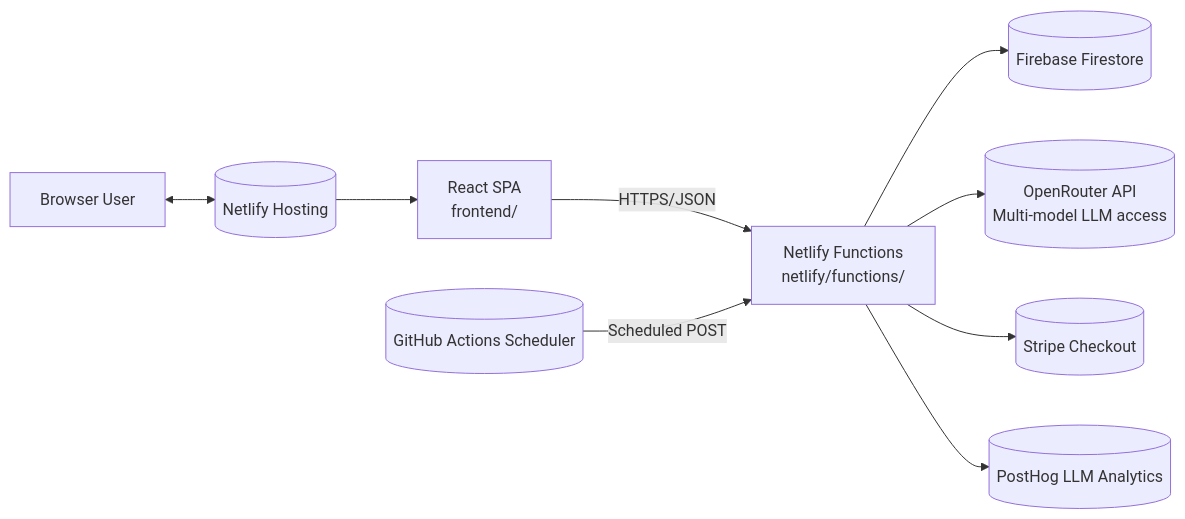
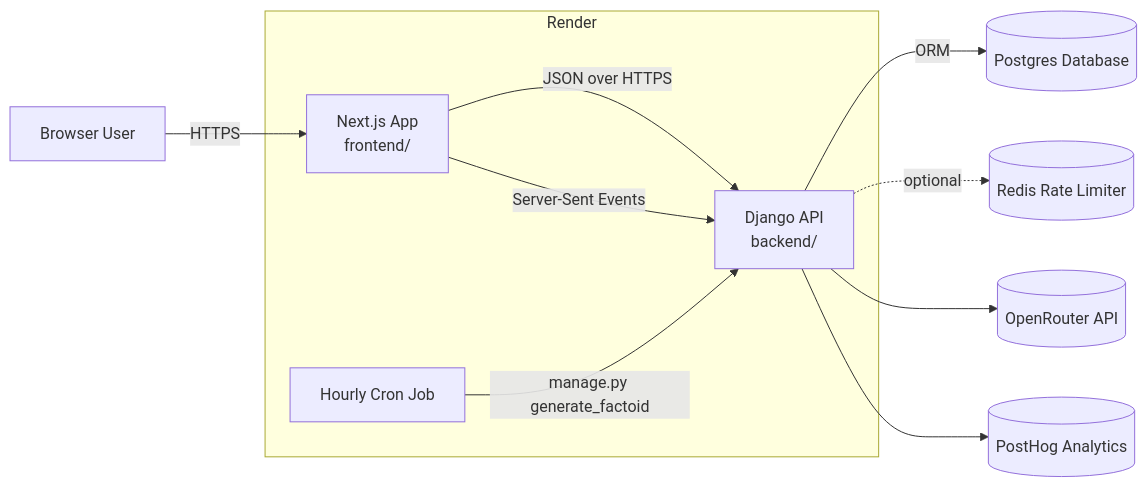
The first of 2 diagrams in ARCHITECTURE.md (andrewm4894/andys-daily-factoids), drawn with Mermaid before and after one commit. The commit also changed other lines of this file and 9 other files, not shown here.

````diff
--- a/ARCHITECTURE.md
+++ b/ARCHITECTURE.md
@@ -9,21 +9,17 @@
 ```mermaid
 graph LR
-    User[Browser User]
-    Frontend[React SPA<br/>frontend/]
-    Netlify[(Netlify Hosting)]
-    Functions[Netlify Functions<br/>netlify/functions/]
-    Firestore[(Firebase Firestore)]
-    OpenRouter[(OpenRouter API<br/>Multi-model LLM access)]
-    Stripe[(Stripe Checkout)]
-    PostHog[(PostHog LLM Analytics)]
-    GitHubActions[(GitHub Actions Scheduler)]
+    subgraph Render
+        Frontend[Next.js App\nfrontend/]
+        Backend[Django API\nbackend/]
+        Cron[Hourly Cron Job]
+    end
 
-    User <--> Netlify
-    Netlify --> Frontend
-    Frontend -->|HTTPS/JSON| Functions
-    Functions --> Firestore
-    Functions --> OpenRouter
-    Functions --> Stripe
-    Functions --> PostHog
-    GitHubActions -->|Scheduled POST| Functions
+    User[Browser User] -->|HTTPS| Frontend
+    Frontend -->|JSON over HTTPS| Backend
+    Frontend -->|Server-Sent Events| Backend
+    Backend -->|ORM| Postgres[(Postgres Database)]
+    Backend -.optional.-> Redis[(Redis Rate Limiter)]
+    Backend --> OpenRouter[(OpenRouter API)]
+    Backend --> PostHog[(PostHog Analytics)]
+    Cron -->|manage.py generate_factoid| Backend
 ```
````
